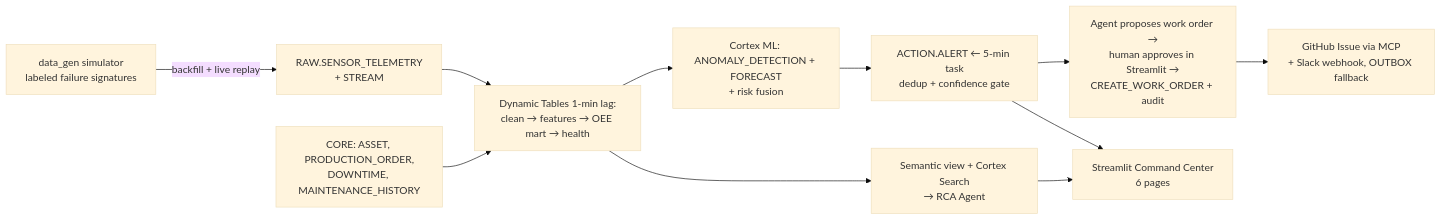
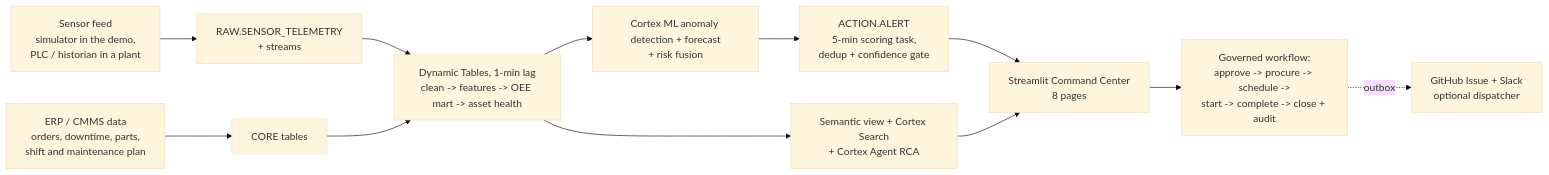
Before and after one commit to SreekarReddyMarpadaga/AegisOEE: the diagram in README.md, drawn with Mermaid (base theme). The commit also changed other lines of this file and 66 other files, not shown here.

Commit message:
Add CMMS shift planning, parts procurement, WO execution lifecycle, direct deploy path, demo video, rewritten README

````diff
--- a/README.md
+++ b/README.md
@@ -9,13 +34,14 @@
 ```mermaid
 flowchart LR
-    SIM[data_gen simulator<br/>labeled failure signatures] -->|backfill + live replay| RAW[RAW.SENSOR_TELEMETRY<br/>+ STREAM]
-    ERP[CORE: ASSET, PRODUCTION_ORDER,<br/>DOWNTIME, MAINTENANCE_HISTORY] --> DT
-    RAW --> DT[Dynamic Tables 1-min lag:<br/>clean → features → OEE mart → health]
-    DT --> ML[Cortex ML: ANOMALY_DETECTION + FORECAST<br/>+ risk fusion]
-    ML --> AL[ACTION.ALERT ← 5-min task<br/>dedup + confidence gate]
-    AL --> TRI[Agent proposes work order →<br/>human approves in Streamlit →<br/>CREATE_WORK_ORDER + audit]
-    TRI --> GH[GitHub Issue via MCP<br/>+ Slack webhook, OUTBOX fallback]
-    DT --> SEM[Semantic view + Cortex Search<br/>→ RCA Agent]
-    SEM --> APP[Streamlit Command Center<br/>6 pages]
+    SIM[Sensor feed<br/>simulator in the demo,<br/>PLC / historian in a plant] --> RAW[RAW.SENSOR_TELEMETRY<br/>+ streams]
+    ERP[ERP / CMMS data<br/>orders, downtime, parts,<br/>shift and maintenance plan] --> CORE[CORE tables]
+    RAW --> DT[Dynamic Tables, 1-min lag<br/>clean -> features -> OEE mart -> asset health]
+    CORE --> DT
+    DT --> ML[Cortex ML anomaly detection + forecast<br/>+ risk fusion]
+    ML --> AL[ACTION.ALERT<br/>5-min scoring task,<br/>dedup + confidence gate]
+    DT --> SEM[Semantic view + Cortex Search<br/>+ Cortex Agent RCA]
     AL --> APP
+    SEM --> APP[Streamlit Command Center<br/>8 pages]
+    APP --> WF[Governed workflow:<br/>approve -> procure -> schedule -><br/>start -> complete -> close + audit]
+    WF -. outbox .-> EXT[GitHub Issue + Slack<br/>optional dispatcher]
 ```
````
